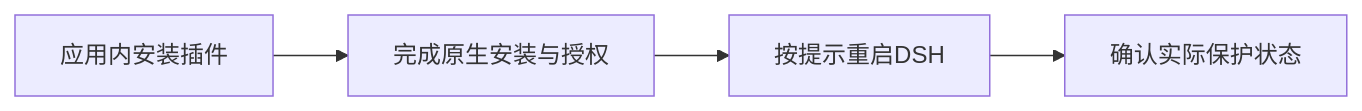
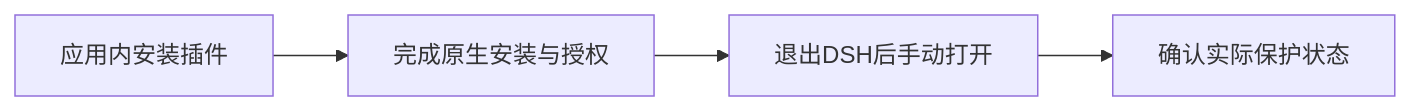
One commit to finogeeks/finsafe changed the diagram in integrations/dsh/windows/README-zh.md. Above: the diagram before and after it, drawn with Mermaid. The commit also changed other lines of this file and 137 other files, not shown here.

````diff
--- a/integrations/dsh/windows/README-zh.md
+++ b/integrations/dsh/windows/README-zh.md
@@ -58,6 +58,6 @@
 ```mermaid
 flowchart LR
     A[应用内安装插件] --> B[完成原生安装与授权]
-    B --> C[按提示重启DSH]
+    B --> C[退出DSH后手动打开]
     C --> D[确认实际保护状态]
 ```
````
